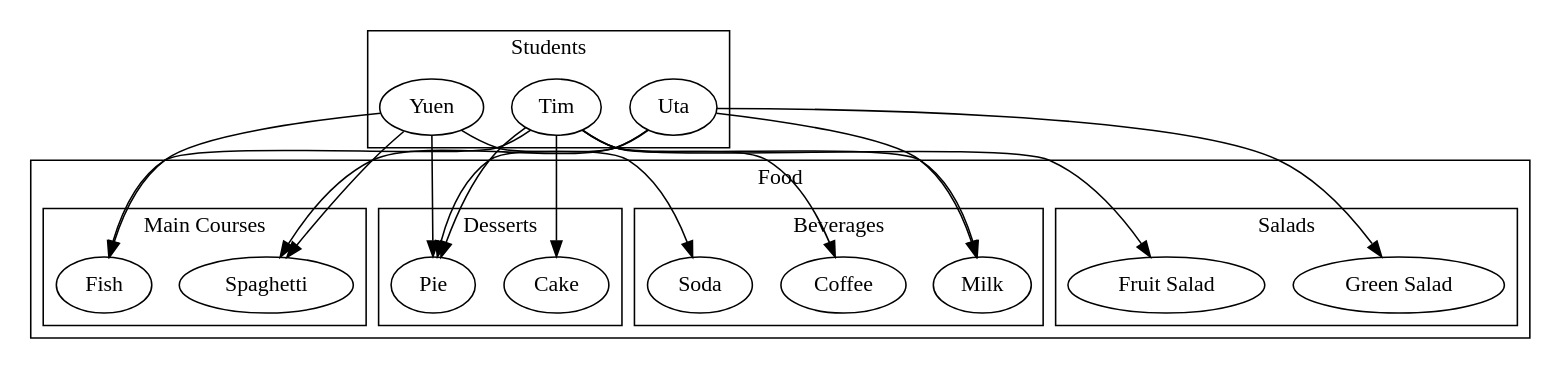
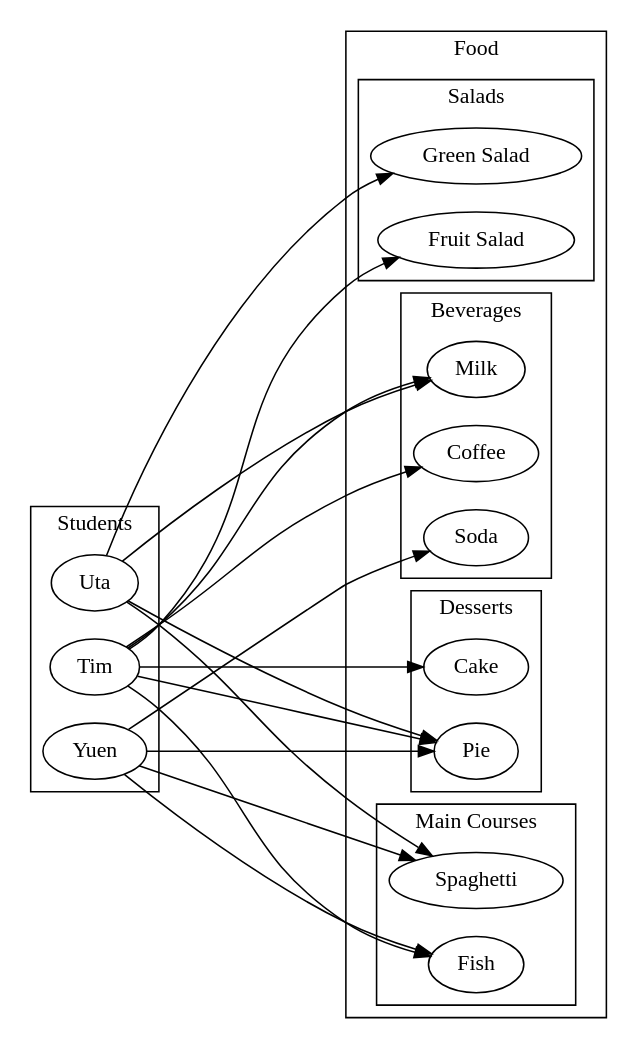
The diagram in CSDS 302 - Discrete Math/HW/3.md (tnichols217/notes), drawn with Graphviz before and after one commit.

Commit message:
vault backup: 2024-01-27 17:55:58

````diff
--- a/CSDS 302 - Discrete Math/HW/3.md
+++ b/CSDS 302 - Discrete Math/HW/3.md
@@ -141,43 +141,45 @@
 ```dot
 digraph {
+	rankdir=LR
+	ranksep=2
 	subgraph {
 		label=Students
 		cluster=true
 		a [label=Uta]
 		b [label=Tim]
 		c [label=Yuen]
 	}
 	subgraph {
 		label=Food
 		cluster=true
 		subgraph {
 			label=Salads
 			cluster=true
 			A [label="Green Salad"]
 			B [label="Fruit Salad"]
 		}
 		subgraph {
 			label="Main Courses"
 			cluster=true
 			C [label="Spaghetti"]
 			D [label="Fish"]
 		}
 		subgraph {
 			label="Desserts"
 			cluster=true
 			E [label="Pie"]
 			F [label="Cake"]
 		}
 		subgraph {
 			label="Beverages"
 			cluster=true
 			G [label="Milk"]
 			H [label="Soda"]
 			I [label="Coffee"]
 		}
 	}
 	a->{ A C E G }
 	b->{ B D E F G I }
 	c->{ C D E H }
 }
 ```
````
